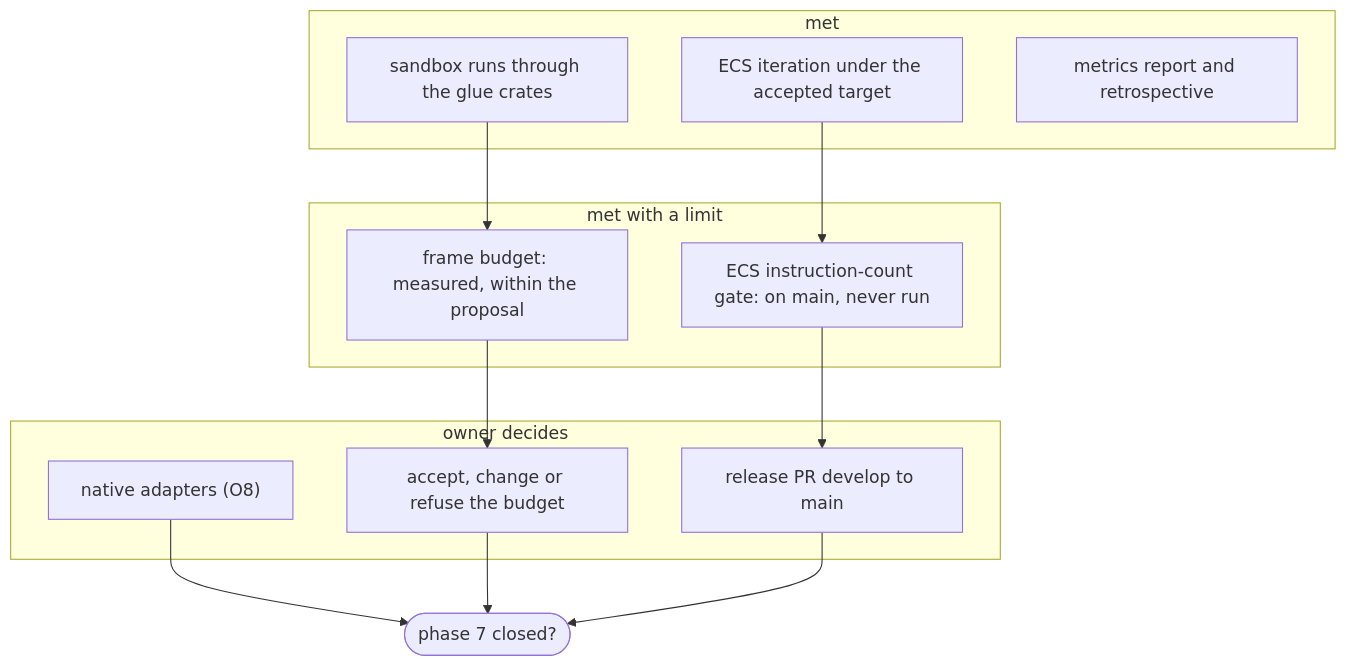
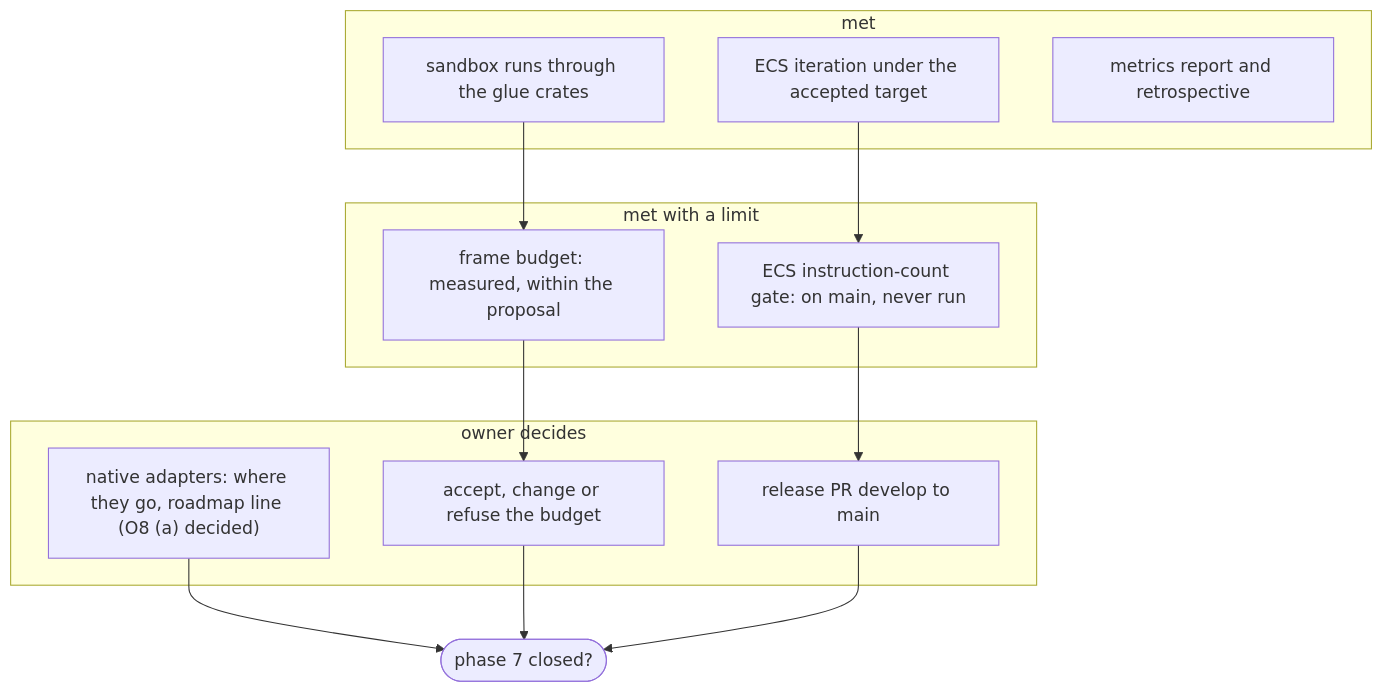
The second of 3 diagrams in wiki/spikes/phase7-milestone-review.md (giamat90/DuckEngine), drawn with Mermaid before and after one commit. The commit also changed other lines of this file and 4 other files, not shown here.

````diff
--- a/wiki/spikes/phase7-milestone-review.md
+++ b/wiki/spikes/phase7-milestone-review.md
@@ -80,24 +82,24 @@
 ```mermaid
 flowchart TD
   subgraph met["met"]
     ecs["ECS iteration under the accepted target"]
     smp["sandbox runs through the glue crates"]
     met2["metrics report and retrospective"]
   end
   subgraph partly["met with a limit"]
     gate["ECS instruction-count gate: on main, never run"]
     fb["frame budget: measured, within the proposal"]
   end
   subgraph pending["owner decides"]
     acc["accept, change or refuse the budget"]
-    nat["native adapters (O8)"]
+    nat["native adapters: where they go, roadmap line (O8 (a) decided)"]
     rel["release PR develop to main"]
   end
   ecs --> gate
   smp --> fb
   fb --> acc
   gate --> rel
   nat --> done(["phase 7 closed?"])
   acc --> done
   rel --> done
 ```
````
